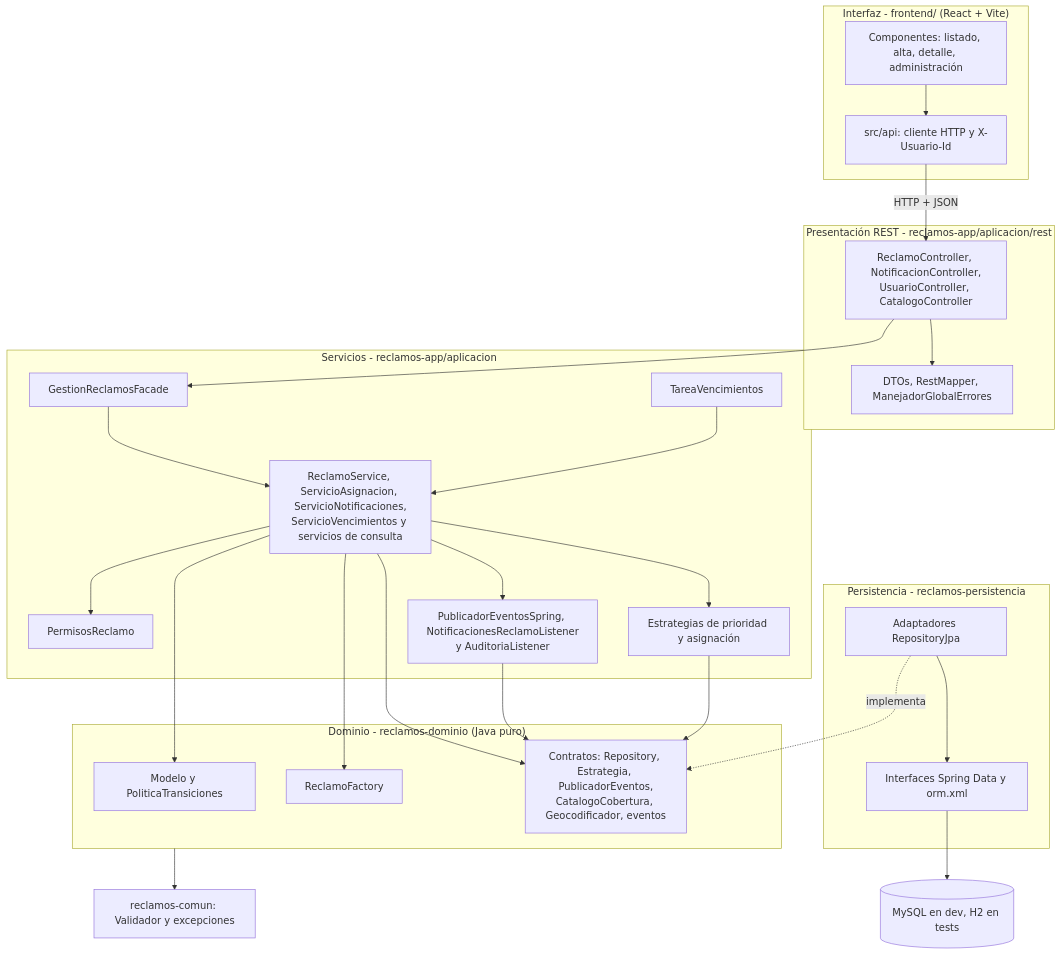
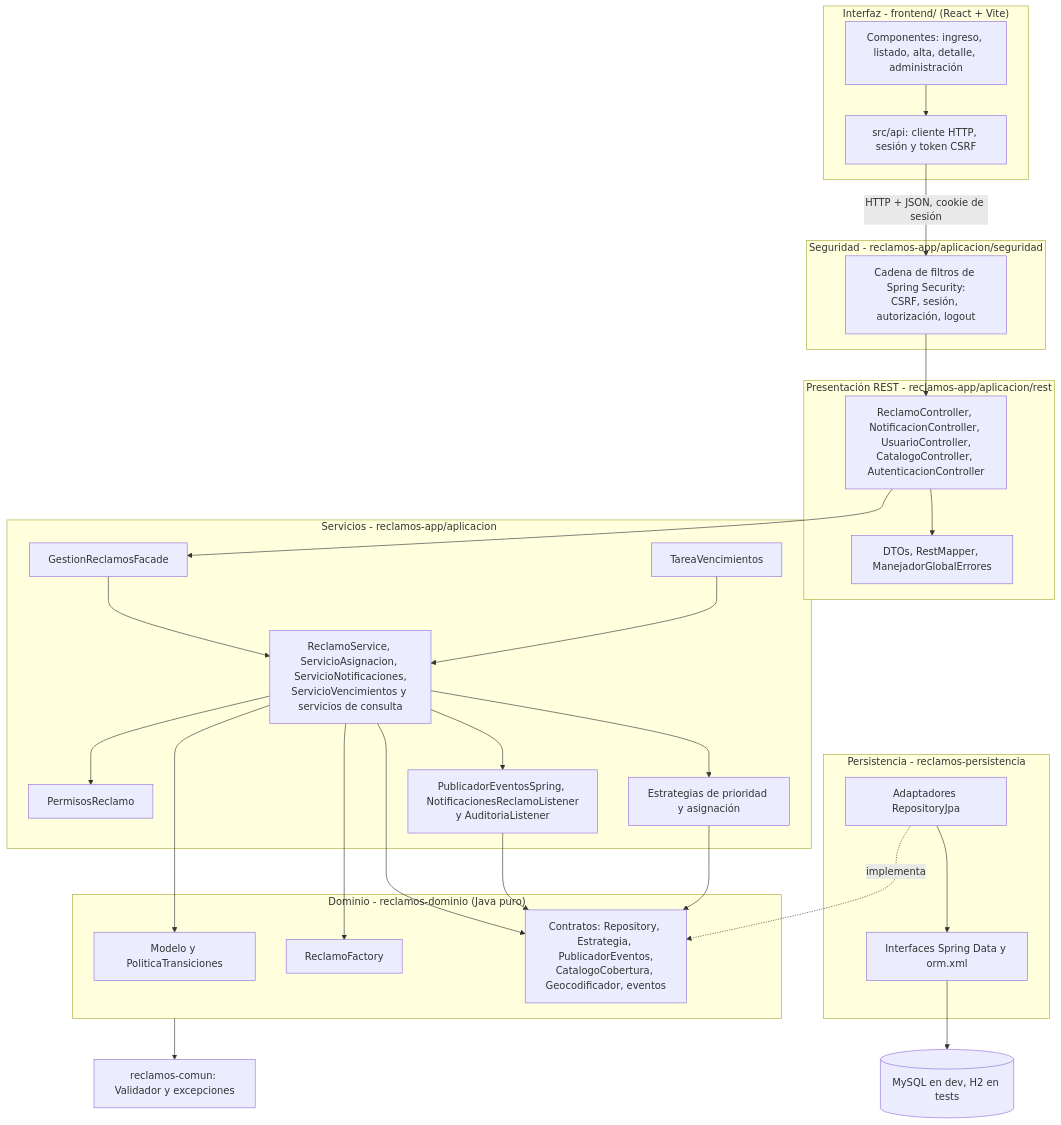
The first of 8 diagrams in docs/arquitectura.md (SanTegli/DesarrolloAppsIIGrupo10), drawn with Mermaid before and after one commit. The commit also changed other lines of this file and 69 other files, not shown here.

First line of the commit message:
feat: agregar login con sesión, CSRF y registro de ciudadanos

````diff
--- a/docs/arquitectura.md
+++ b/docs/arquitectura.md
@@ -9,49 +9,53 @@
 ```mermaid
 flowchart TB
   subgraph UI["Interfaz - frontend/ (React + Vite)"]
-    COMP["Componentes: listado, alta, detalle, administración"]
-    API["src/api: cliente HTTP y X-Usuario-Id"]
+    COMP["Componentes: ingreso, listado, alta, detalle, administración"]
+    API["src/api: cliente HTTP, sesión y token CSRF"]
+  end
+  subgraph SEG["Seguridad - reclamos-app/aplicacion/seguridad"]
+    FIL["Cadena de filtros de Spring Security:<br/>CSRF, sesión, autorización, logout"]
   end
   subgraph REST["Presentación REST - reclamos-app/aplicacion/rest"]
-    CTRL["ReclamoController, NotificacionController,<br/>UsuarioController, CatalogoController"]
+    CTRL["ReclamoController, NotificacionController, UsuarioController,<br/>CatalogoController, AutenticacionController"]
     DTO["DTOs, RestMapper, ManejadorGlobalErrores"]
   end
   subgraph APP["Servicios - reclamos-app/aplicacion"]
     FAC["GestionReclamosFacade"]
     SRV["ReclamoService, ServicioAsignacion, ServicioNotificaciones,<br/>ServicioVencimientos y servicios de consulta"]
     PERM["PermisosReclamo"]
     EST["Estrategias de prioridad y asignación"]
     OBS["PublicadorEventosSpring, NotificacionesReclamoListener<br/>y AuditoriaListener"]
     TAR["TareaVencimientos"]
   end
   subgraph DOM["Dominio - reclamos-dominio (Java puro)"]
     MOD["Modelo y PoliticaTransiciones"]
     FAB["ReclamoFactory"]
     CON["Contratos: Repository, Estrategia, PublicadorEventos,<br/>CatalogoCobertura, Geocodificador, eventos"]
   end
   subgraph PERS["Persistencia - reclamos-persistencia"]
     ADP["Adaptadores RepositoryJpa"]
     SDJ["Interfaces Spring Data y orm.xml"]
   end
   DB[("MySQL en dev, H2 en tests")]
   UTIL["reclamos-comun: Validador y excepciones"]
 
   COMP --> API
-  API -->|"HTTP + JSON"| CTRL
+  API -->|"HTTP + JSON, cookie de sesión"| FIL
+  FIL --> CTRL
   CTRL --> FAC
   CTRL --> DTO
   FAC --> SRV
   SRV --> PERM
   SRV --> EST
   SRV --> FAB
   SRV --> MOD
   SRV --> CON
   SRV --> OBS
   TAR --> SRV
   OBS --> CON
   EST --> CON
   ADP -.->|implementa| CON
   ADP --> SDJ
   SDJ --> DB
   DOM --> UTIL
 ```
````
